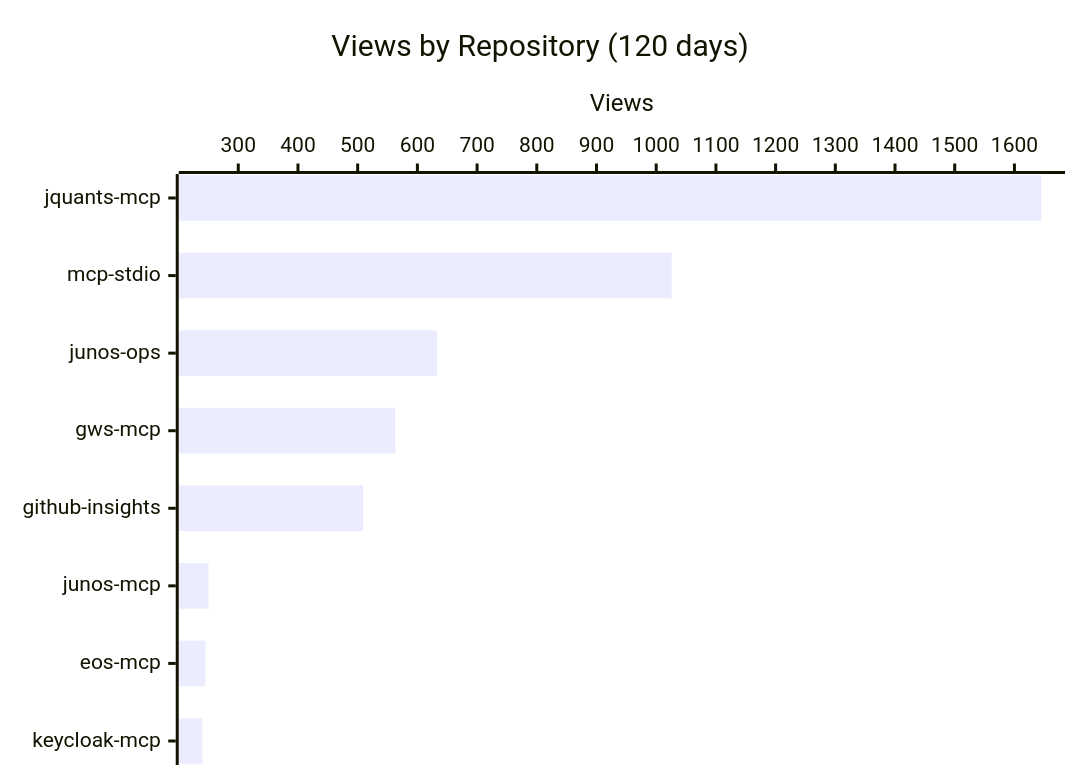
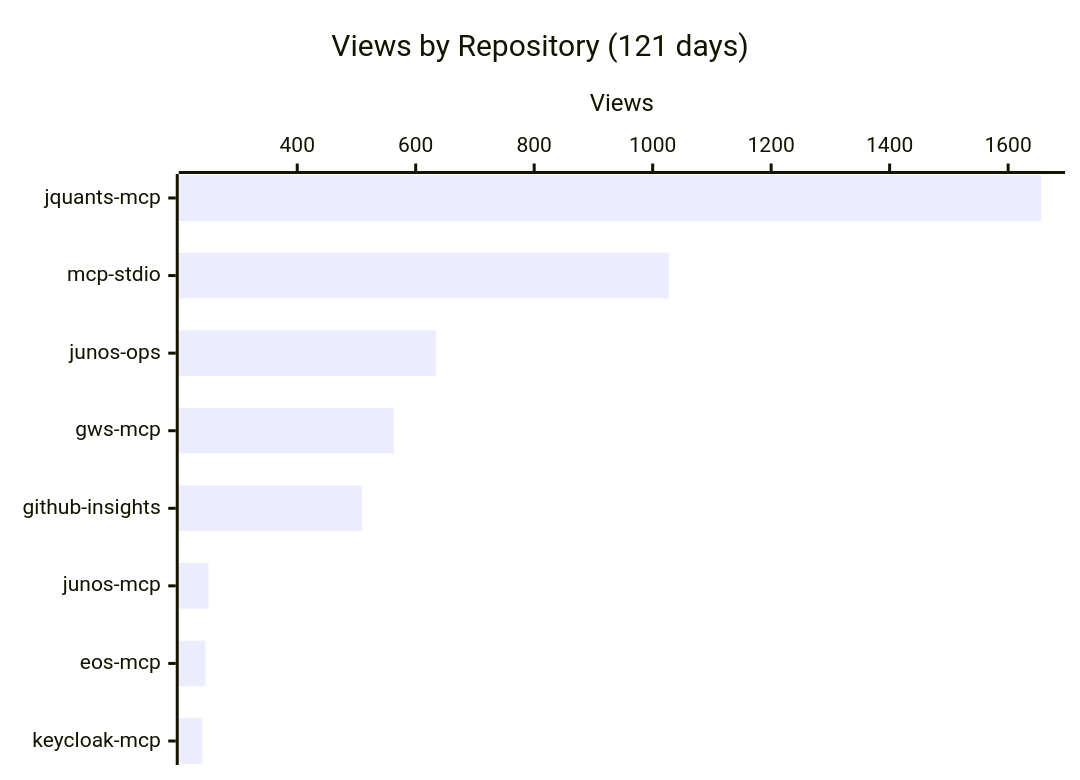
Before and after one commit to shigechika/github-insights: the first of 4 diagrams in README.md, drawn with Mermaid. The commit also changed other lines of this file and 2 other files, not shown here.

````diff
--- a/README.md
+++ b/README.md
@@ -18,7 +18,7 @@
 ```mermaid
 xychart-beta horizontal
-    title "Views by Repository (120 days)"
+    title "Views by Repository (121 days)"
     x-axis ["jquants-mcp", "mcp-stdio", "junos-ops", "gws-mcp", "github-insights", "junos-mcp", "eos-mcp", "keycloak-mcp"]
     y-axis "Views"
-    bar [1645, 1026, 633, 563, 509, 250, 245, 240]
+    bar [1656, 1027, 634, 563, 509, 250, 245, 240]
 ```
````
